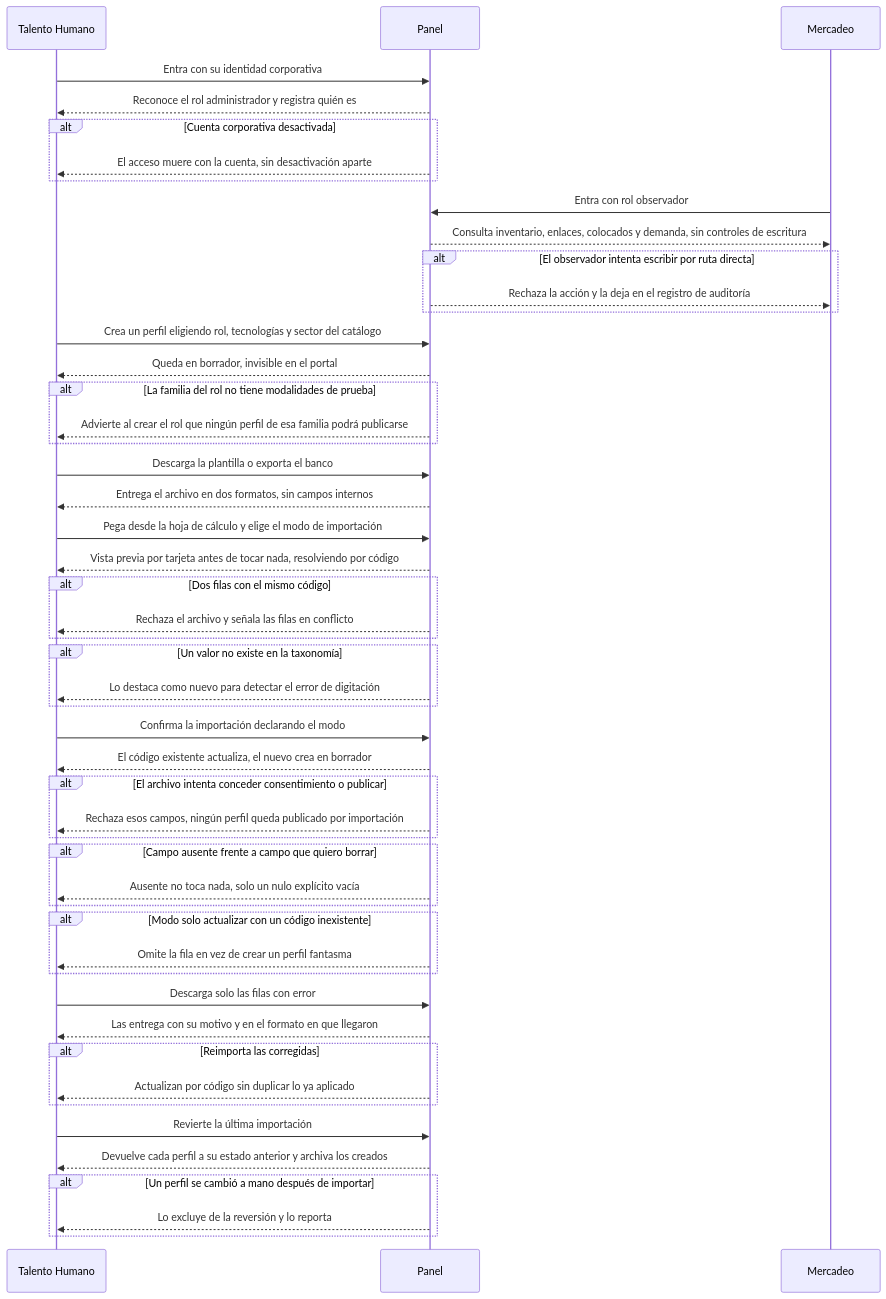
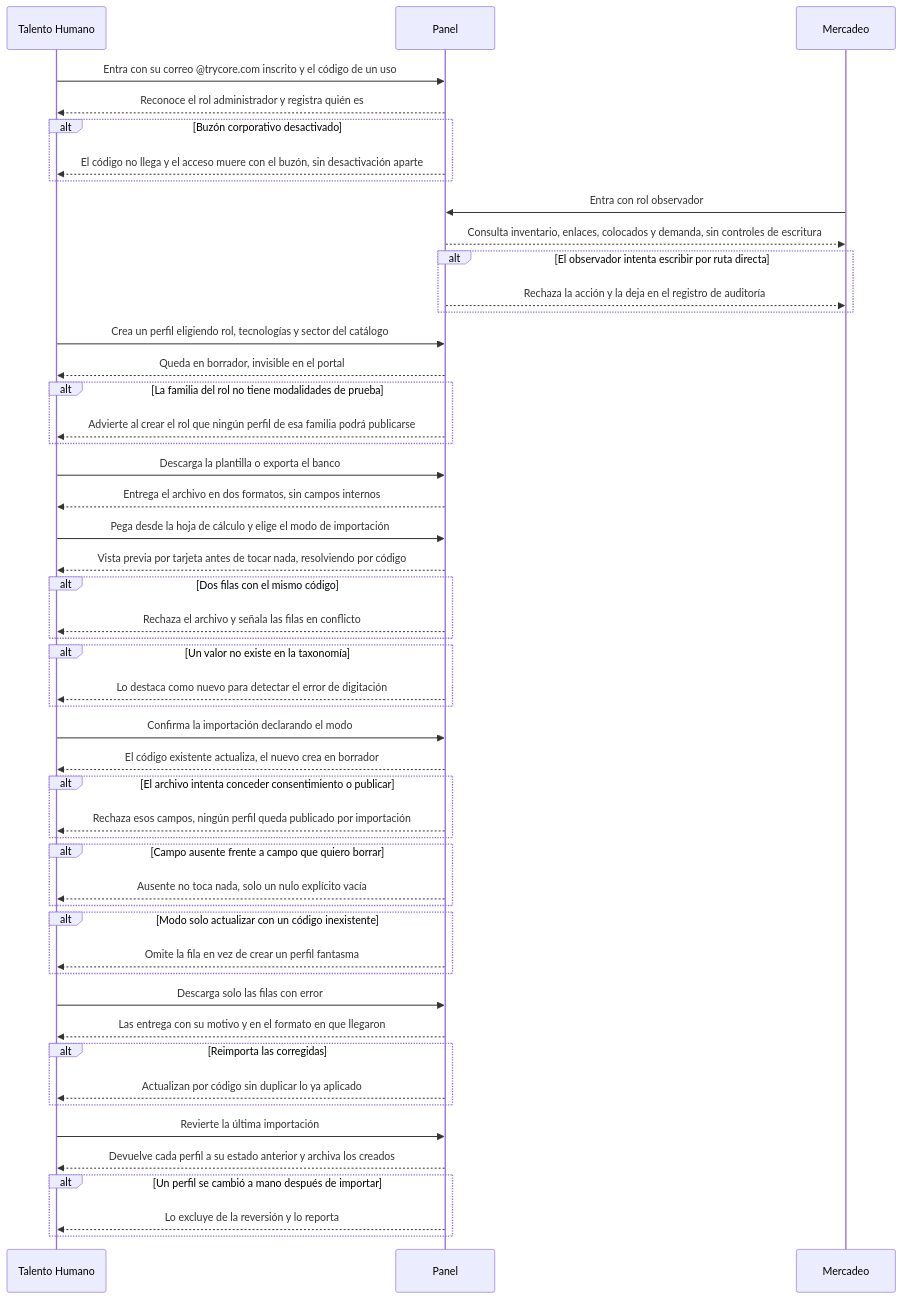
Before and after one commit to JesusSeguraCO/ps-app-neural: the first of 3 diagrams in docs/06-flows/EP-006-administracion-del-inventario.md, drawn with Mermaid. The commit also changed other lines of this file and 98 other files, not shown here.

```diff
--- a/docs/06-flows/EP-006-administracion-del-inventario.md
+++ b/docs/06-flows/EP-006-administracion-del-inventario.md
@@ -19,14 +19,14 @@
   participant M as Mercadeo
 
   %% HU-123
-  TH->>P: Entra con su identidad corporativa
+  TH->>P: Entra con su correo @trycore.com inscrito y el código de un uso
   %% HU-123
   P-->>TH: Reconoce el rol administrador y registra quién es
 
   %% HU-123
-  alt Cuenta corporativa desactivada
+  alt Buzón corporativo desactivado
     %% HU-123
-    P-->>TH: El acceso muere con la cuenta, sin desactivación aparte
+    P-->>TH: El código no llega y el acceso muere con el buzón, sin desactivación aparte
   end
 
   %% HU-124
```
